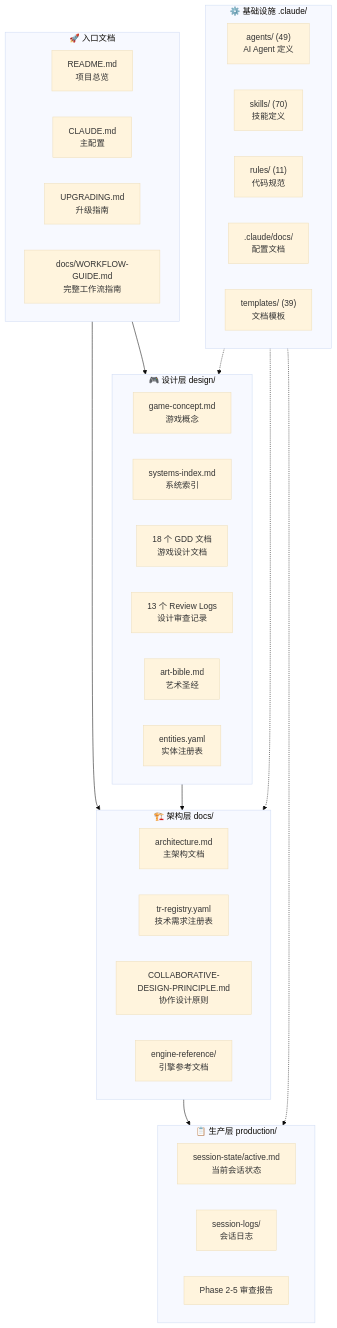
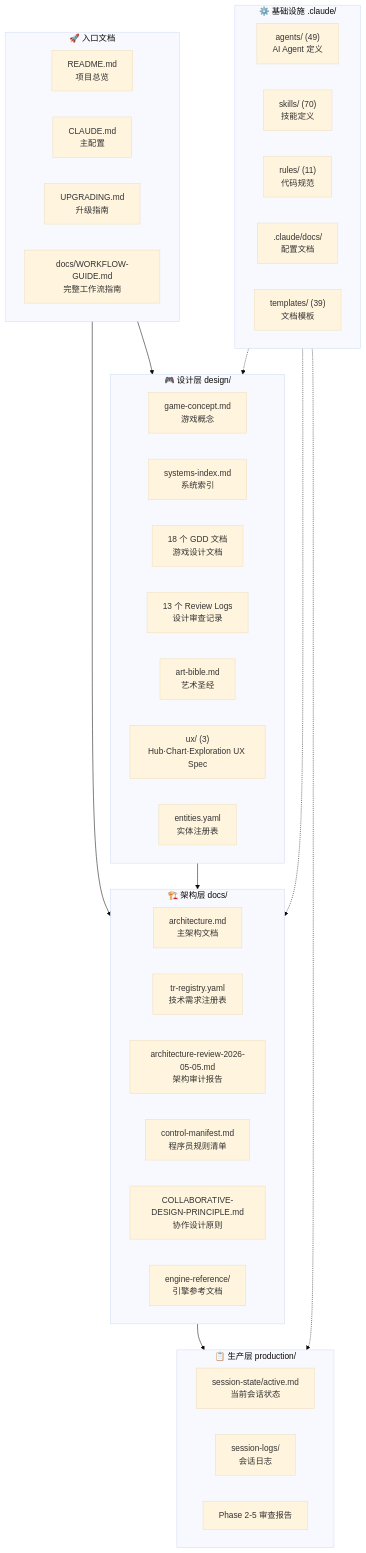
One commit to lieinsay/Claude-Code-Game-Studios changed the first of 9 diagrams in docs/document-index.md. Above: the diagram before and after it, drawn with Mermaid (base theme). The commit also changed other lines of this file, not shown here.

````diff
--- a/docs/document-index.md
+++ b/docs/document-index.md
@@ -13,47 +13,50 @@
 ```mermaid
 graph TB
     subgraph 入口["🚀 入口文档"]
         README["README.md<br/>项目总览"]
         CLAUDE["CLAUDE.md<br/>主配置"]
         UPGRADING["UPGRADING.md<br/>升级指南"]
         WORKFLOW["docs/WORKFLOW-GUIDE.md<br/>完整工作流指南"]
     end
 
     subgraph 设计["🎮 设计层 design/"]
         CONCEPT["game-concept.md<br/>游戏概念"]
         SYSIDX["systems-index.md<br/>系统索引"]
         GDD["18 个 GDD 文档<br/>游戏设计文档"]
         REVIEWS["13 个 Review Logs<br/>设计审查记录"]
         ART["art-bible.md<br/>艺术圣经"]
+        UX["ux/ (3)<br/>Hub·Chart·Exploration UX Spec"]
         REGISTRY["entities.yaml<br/>实体注册表"]
     end
 
     subgraph 架构["🏗️ 架构层 docs/"]
         ARCH["architecture.md<br/>主架构文档"]
         TR["tr-registry.yaml<br/>技术需求注册表"]
+        ADRREV["architecture-review-2026-05-05.md<br/>架构审计报告"]
+        CM["control-manifest.md<br/>程序员规则清单"]
         COLLAB["COLLABORATIVE-DESIGN-PRINCIPLE.md<br/>协作设计原则"]
         ENGINE["engine-reference/<br/>引擎参考文档"]
     end
 
     subgraph 生产["📋 生产层 production/"]
         ACTIVE["session-state/active.md<br/>当前会话状态"]
         LOGS["session-logs/<br/>会话日志"]
         PHASES["Phase 2-5 审查报告"]
     end
 
     subgraph 基础设施["⚙️ 基础设施 .claude/"]
         AGENTS["agents/ (49)<br/>AI Agent 定义"]
         SKILLS["skills/ (70)<br/>技能定义"]
         RULES["rules/ (11)<br/>代码规范"]
         DOCS[".claude/docs/<br/>配置文档"]
         TEMPLATES["templates/ (39)<br/>文档模板"]
     end
 
     入口 --> 设计
     入口 --> 架构
     设计 --> 架构
     架构 --> 生产
     基础设施 -.-> 设计
     基础设施 -.-> 架构
     基础设施 -.-> 生产
 ```
````
